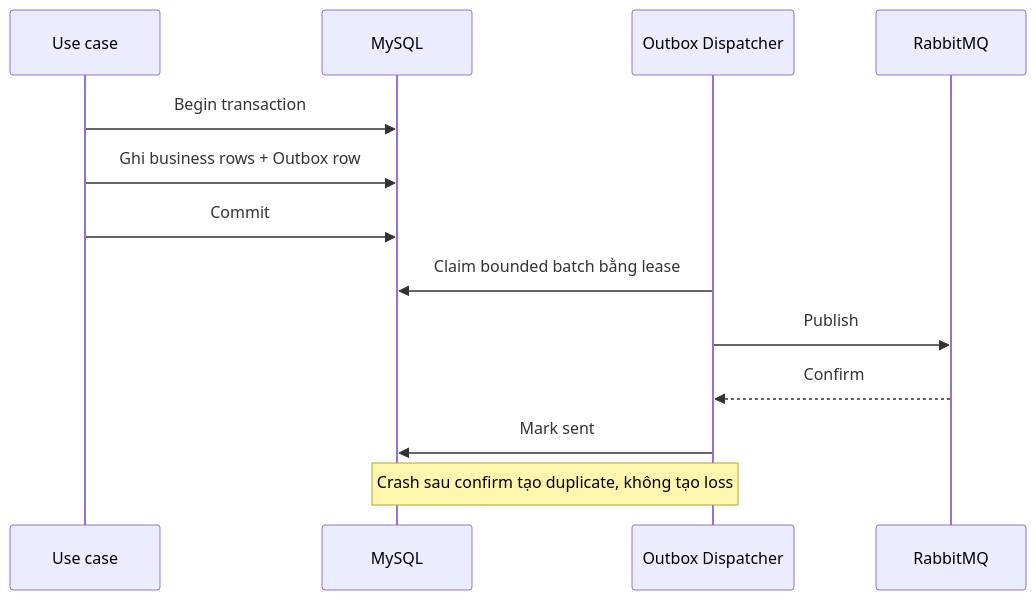
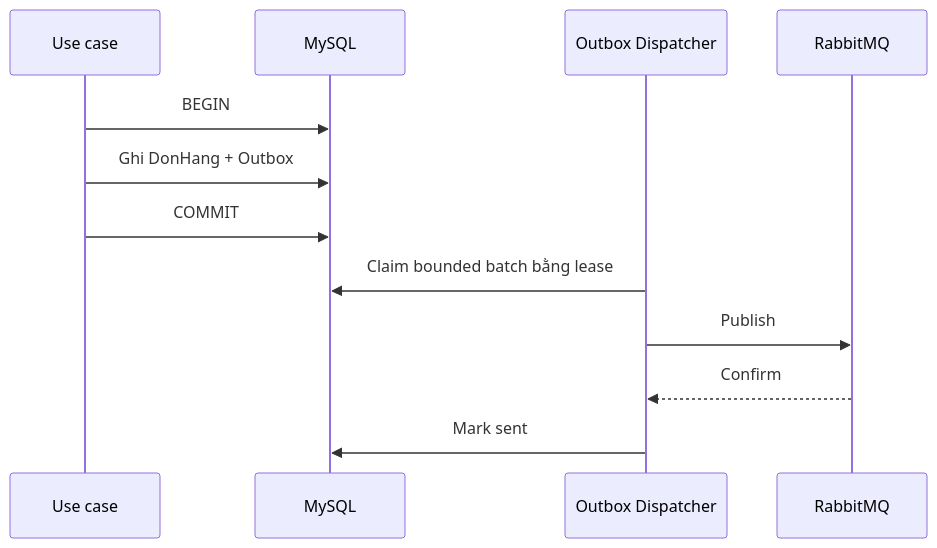
Before and after one commit to trungdev26/angular-internals: the ninth of 11 diagrams in src/assets/docs/dotnet-core/rabbitmq-reliable-messaging.md, drawn with Mermaid. The commit also changed other lines of this file and 1 other file, not shown here.

````diff
--- a/src/assets/docs/dotnet-core/rabbitmq-reliable-messaging.md
+++ b/src/assets/docs/dotnet-core/rabbitmq-reliable-messaging.md
@@ -135,15 +505,14 @@
 ```mermaid
 sequenceDiagram
     participant U as Use case
     participant DB as MySQL
     participant O as Outbox Dispatcher
     participant R as RabbitMQ
-    U->>DB: Begin transaction
-    U->>DB: Ghi business rows + Outbox row
-    U->>DB: Commit
+    U->>DB: BEGIN
+    U->>DB: Ghi DonHang + Outbox
+    U->>DB: COMMIT
     O->>DB: Claim bounded batch bằng lease
     O->>R: Publish
     R-->>O: Confirm
     O->>DB: Mark sent
-    Note over O,DB: Crash sau confirm tạo duplicate, không tạo loss
 ```
````
